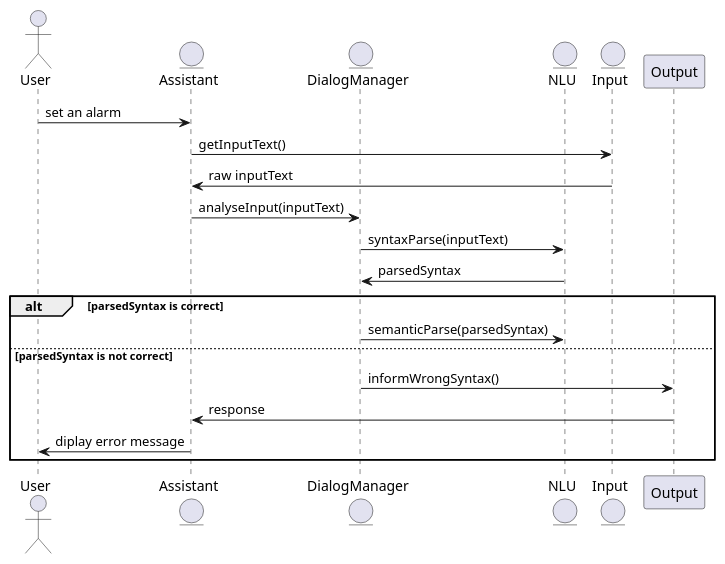
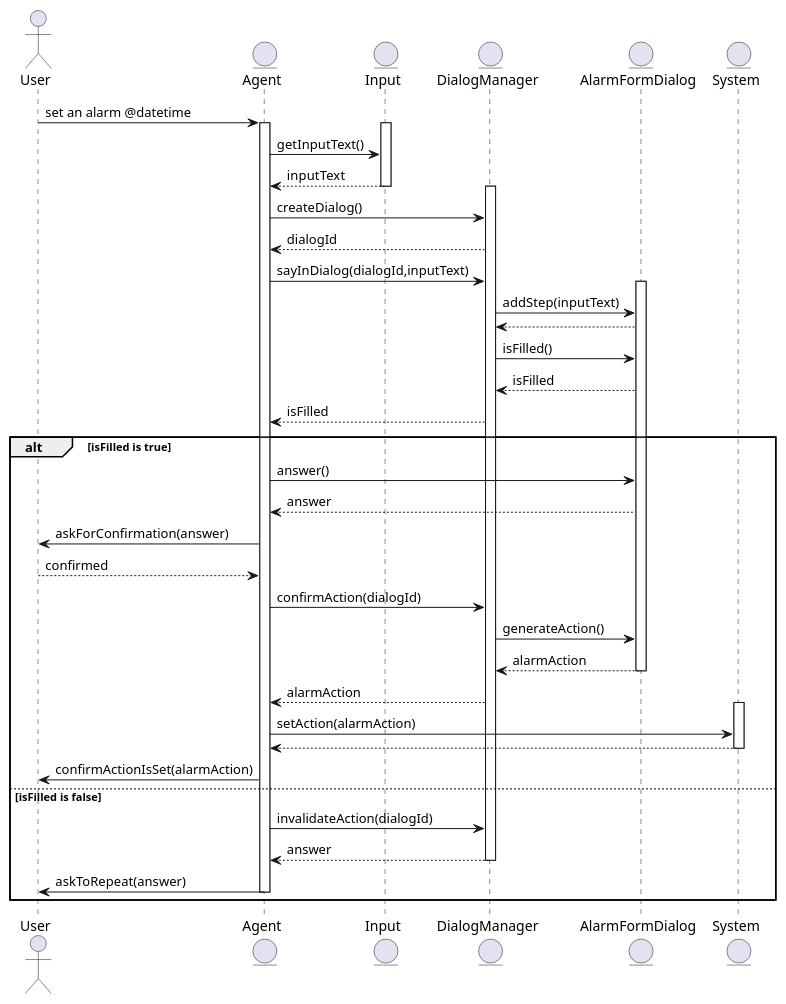
One commit to alexandre-lelain/ihme-agent-assistant changed the diagram in conception/source/sequenceDiagram.puml. Above: the diagram before and after it, drawn with PlantUML.

```diff
--- a/conception/source/sequenceDiagram.puml
+++ b/conception/source/sequenceDiagram.puml
@@ -1,23 +1,49 @@
 @startuml
 actor User
-entity Assistant
+entity Agent as Assistant
+entity Input
 entity DialogManager
-entity NLU
-entity Input
+entity AlarmFormDialog as NLU
+entity System
 
-User -> Assistant : set an alarm
+User -> Assistant : set an alarm @datetime
+activate Assistant
+activate Input
 Assistant -> Input : getInputText()
-Assistant <- Input : raw inputText
-Assistant -> DialogManager : analyseInput(inputText)
-DialogManager -> NLU : syntaxParse(inputText)
-DialogManager <- NLU : parsedSyntax
-
-alt parsedSyntax is correct
-  DialogManager -> NLU : semanticParse(parsedSyntax)
-else parsedSyntax is not correct
-  DialogManager -> Output : informWrongSyntax()
-  Output -> Assistant : response
-  User <- Assistant : diplay error message
+Assistant <-- Input : inputText
+deactivate Input
+activate DialogManager
+Assistant -> DialogManager : createDialog()
+Assistant <-- DialogManager : dialogId
+Assistant -> DialogManager : sayInDialog(dialogId,inputText)
+activate NLU
+DialogManager -> NLU : addStep(inputText)
+DialogManager <-- NLU
+DialogManager -> NLU : isFilled()
+DialogManager <-- NLU : isFilled
+Assistant <-- DialogManager : isFilled
+alt isFilled is true
+Assistant -> NLU : answer()
+Assistant <-- NLU : answer
+User <- Assistant : askForConfirmation(answer)
+User --> Assistant : confirmed
+Assistant -> DialogManager : confirmAction(dialogId)
+DialogManager -> NLU : generateAction()
+DialogManager <-- NLU : alarmAction
+deactivate NLU
+Assistant <-- DialogManager : alarmAction
+activate System
+Assistant -> System  : setAction(alarmAction)
+Assistant <-- System
+deactivate System
+User <- Assistant : confirmActionIsSet(alarmAction)
+else isFilled is false
+Assistant -> DialogManager : invalidateAction(dialogId)
+Assistant <-- DialogManager : answer
+deactivate DialogManager
+User <- Assistant : askToRepeat(answer)
+deactivate Assistant
 end
 
+
 @enduml
```
